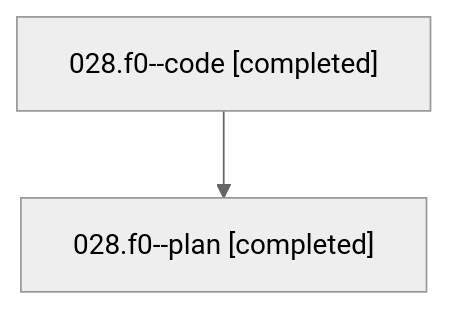
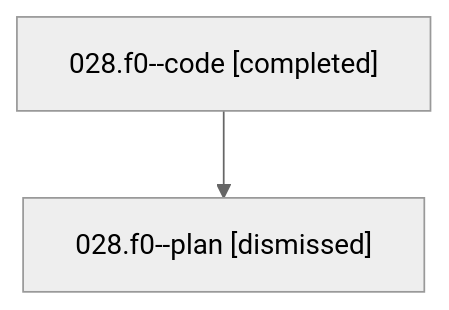
Before and after one commit to bobs-org/bob-cli--agents: the diagram in families/bbugyi200.athena.028.f0.md, drawn with Mermaid (neutral theme). The commit also changed other lines of this file and 265 other files, not shown here.

````diff
--- a/families/bbugyi200.athena.028.f0.md
+++ b/families/bbugyi200.athena.028.f0.md
@@ -9,6 +9,6 @@
 ```mermaid
 flowchart TD
   n0["028.f0--code [completed]"]
-  n1["028.f0--plan [completed]"]
+  n1["028.f0--plan [dismissed]"]
   n0 --> n1
 ```
````
